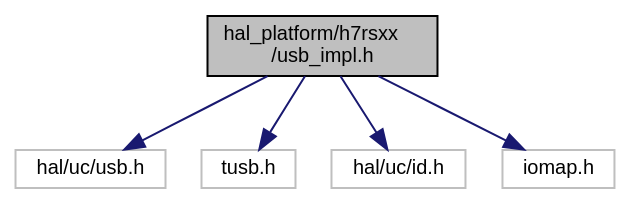
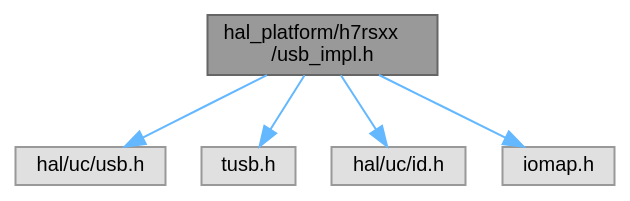
The diagram in h7rsxx_2usb__impl_8h__incl.dot (ebs-universe/piolib-hal-uc-stm32), drawn with Graphviz before and after one commit. The commit also changed 1546 other files, not shown here.

```diff
--- a/h7rsxx_2usb__impl_8h__incl.dot
+++ b/h7rsxx_2usb__impl_8h__incl.dot
@@ -1,17 +1,17 @@
 digraph "hal_platform/h7rsxx/usb_impl.h"
 {
  // INTERACTIVE_SVG=YES
  // LATEX_PDF_SIZE
   bgcolor="transparent";
-  edge [fontname="Helvetica",fontsize="10",labelfontname="Helvetica",labelfontsize="10"];
-  node [fontname="Helvetica",fontsize="10",shape=record];
-  Node1 [label="hal_platform/h7rsxx\l/usb_impl.h",height=0.2,width=0.4,color="black", fillcolor="grey75", style="filled", fontcolor="black",tooltip=" "];
-  Node1 -> Node2 [color="midnightblue",fontsize="10",style="solid",fontname="Helvetica"];
-  Node2 [label="hal/uc/usb.h",height=0.2,width=0.4,color="grey75",tooltip=" "];
-  Node1 -> Node3 [color="midnightblue",fontsize="10",style="solid",fontname="Helvetica"];
-  Node3 [label="tusb.h",height=0.2,width=0.4,color="grey75",tooltip=" "];
-  Node1 -> Node4 [color="midnightblue",fontsize="10",style="solid",fontname="Helvetica"];
-  Node4 [label="hal/uc/id.h",height=0.2,width=0.4,color="grey75",tooltip=" "];
-  Node1 -> Node5 [color="midnightblue",fontsize="10",style="solid",fontname="Helvetica"];
-  Node5 [label="iomap.h",height=0.2,width=0.4,color="grey75",tooltip=" "];
+  edge [fontname=Helvetica,fontsize=10,labelfontname=Helvetica,labelfontsize=10];
+  node [fontname=Helvetica,fontsize=10,shape=box,height=0.2,width=0.4];
+  Node1 [id="Node000001",label="hal_platform/h7rsxx\l/usb_impl.h",height=0.2,width=0.4,color="gray40", fillcolor="grey60", style="filled", fontcolor="black",tooltip=" "];
+  Node1 -> Node2 [id="edge1_Node000001_Node000002",color="steelblue1",style="solid",tooltip=" "];
+  Node2 [id="Node000002",label="hal/uc/usb.h",height=0.2,width=0.4,color="grey60", fillcolor="#E0E0E0", style="filled",tooltip=" "];
+  Node1 -> Node3 [id="edge2_Node000001_Node000003",color="steelblue1",style="solid",tooltip=" "];
+  Node3 [id="Node000003",label="tusb.h",height=0.2,width=0.4,color="grey60", fillcolor="#E0E0E0", style="filled",tooltip=" "];
+  Node1 -> Node4 [id="edge3_Node000001_Node000004",color="steelblue1",style="solid",tooltip=" "];
+  Node4 [id="Node000004",label="hal/uc/id.h",height=0.2,width=0.4,color="grey60", fillcolor="#E0E0E0", style="filled",tooltip=" "];
+  Node1 -> Node5 [id="edge4_Node000001_Node000005",color="steelblue1",style="solid",tooltip=" "];
+  Node5 [id="Node000005",label="iomap.h",height=0.2,width=0.4,color="grey60", fillcolor="#E0E0E0", style="filled",tooltip=" "];
 }
```
